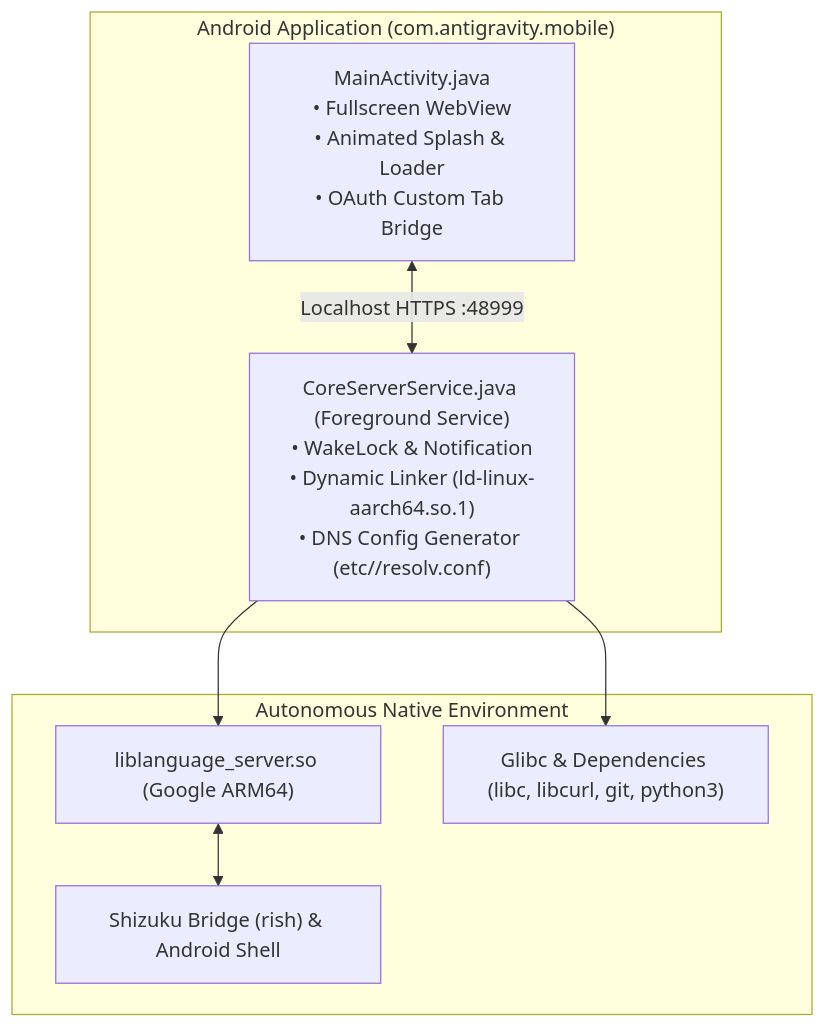
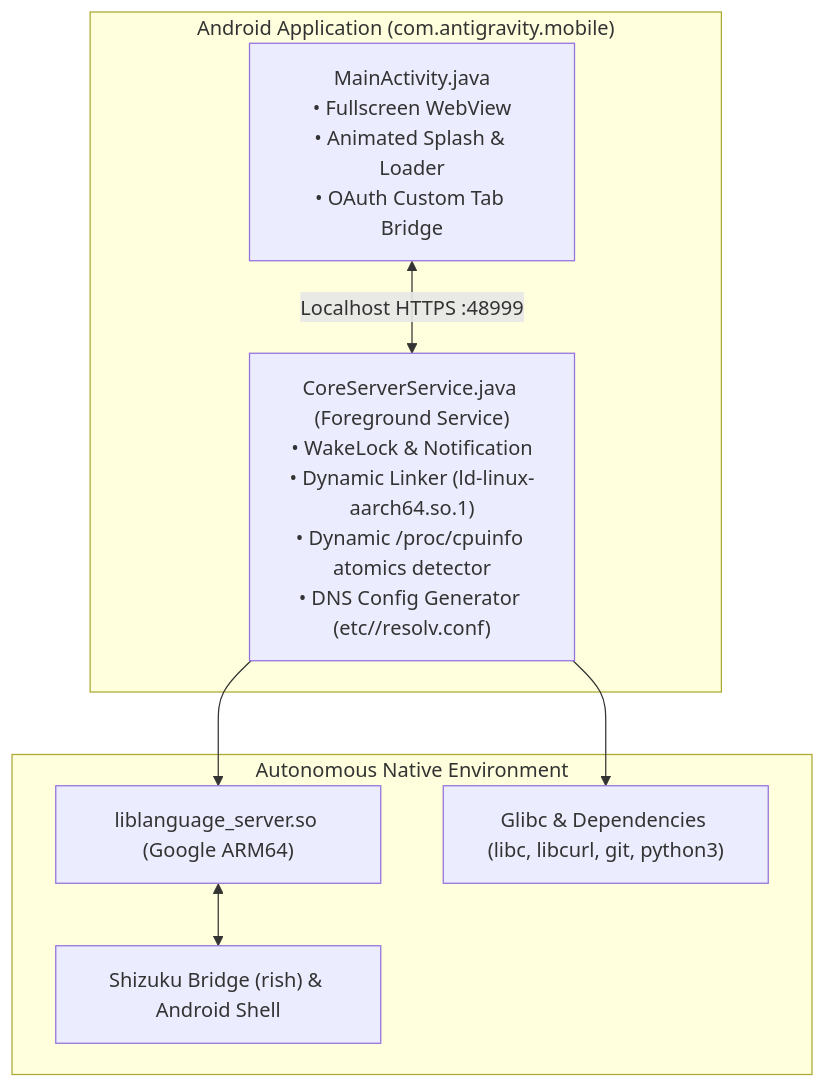
The diagram in README.md (werdio325-png/antigravity-android), drawn with Mermaid before and after one commit. The commit also changed other lines of this file and 4 other files, not shown here.

````diff
--- a/README.md
+++ b/README.md
@@ -51,17 +63,17 @@
 ```mermaid
 graph TD
     subgraph APP["Android Application (com.antigravity.mobile)"]
         UI["MainActivity.java<br/>• Fullscreen WebView<br/>• Animated Splash & Loader<br/>• OAuth Custom Tab Bridge"]
-        SVC["CoreServerService.java (Foreground Service)<br/>• WakeLock & Notification<br/>• Dynamic Linker (ld-linux-aarch64.so.1)<br/>• DNS Config Generator (etc//resolv.conf)"]
+        SVC["CoreServerService.java (Foreground Service)<br/>• WakeLock & Notification<br/>• Dynamic Linker (ld-linux-aarch64.so.1)<br/>• Dynamic /proc/cpuinfo atomics detector<br/>• DNS Config Generator (etc//resolv.conf)"]
         UI <-->|Localhost HTTPS :48999| SVC
     end
 
     subgraph RUNTIME["Autonomous Native Environment"]
         Core["liblanguage_server.so (Google ARM64)"]
         Glibc["Glibc & Dependencies (libc, libcurl, git, python3)"]
         Bridge["Shizuku Bridge (rish) & Android Shell"]
         SVC --> Core
         SVC --> Glibc
         Core <--> Bridge
     end
 ```
````
